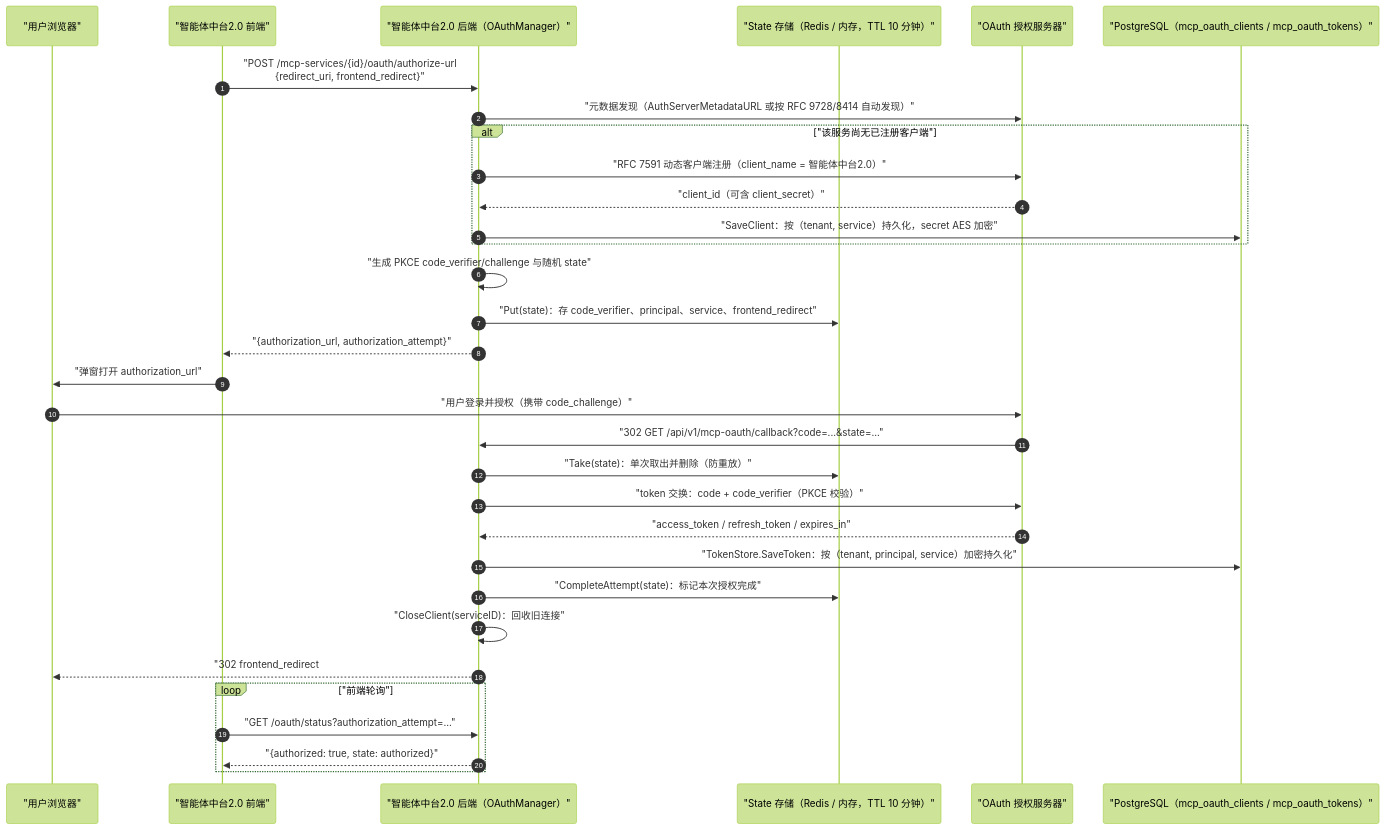
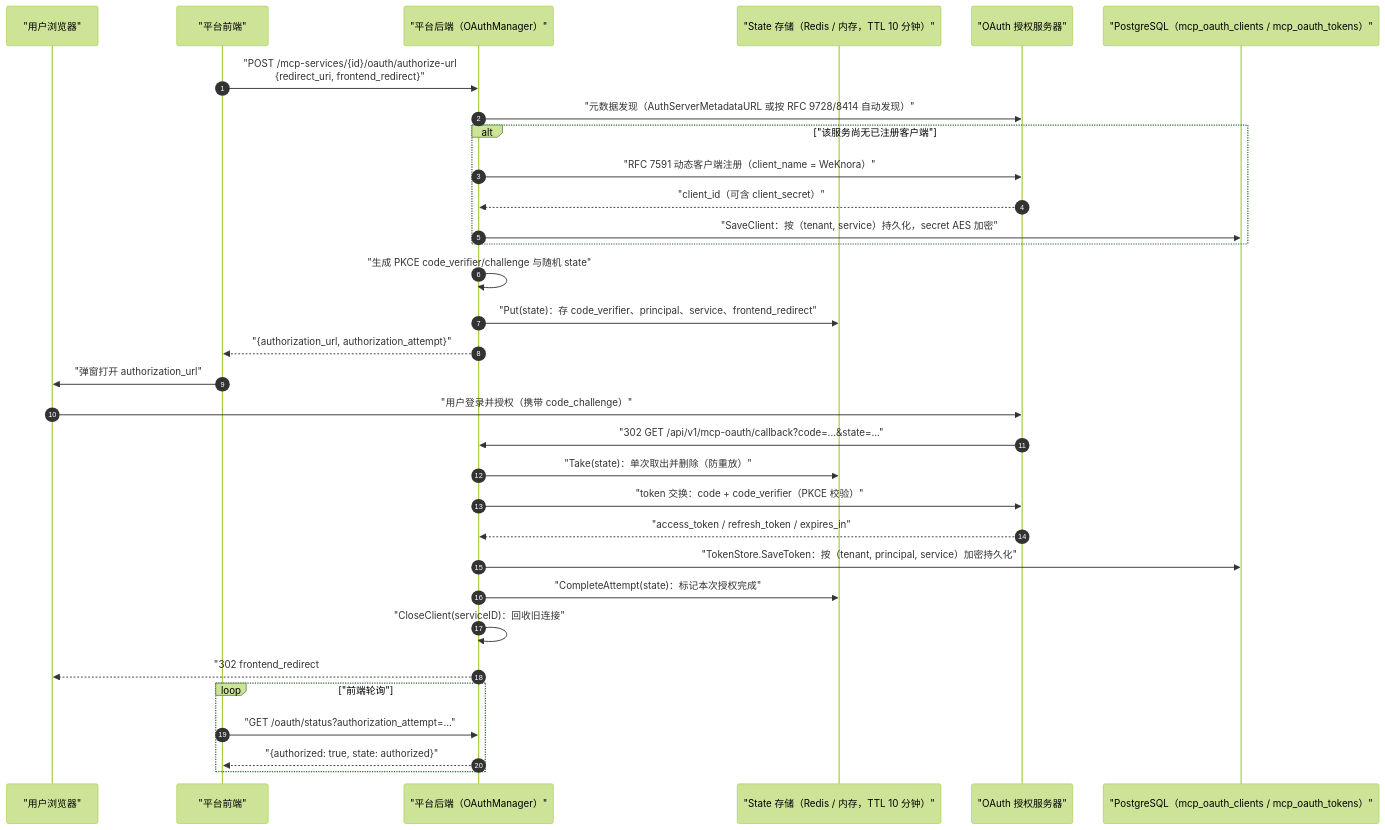
The second of 3 diagrams in apps/docs/03-features/08-mcp.md (qinlei131479/WeKnora), drawn with Mermaid (forest theme) before and after one commit. The commit also changed other lines of this file and 58 other files, not shown here.

````diff
--- a/apps/docs/03-features/08-mcp.md
+++ b/apps/docs/03-features/08-mcp.md
@@ -206,35 +206,35 @@
 ```mermaid
 sequenceDiagram
     autonumber
     participant B as "用户浏览器"
-    participant FE as "智能体中台2.0 前端"
-    participant BE as "智能体中台2.0 后端（OAuthManager）"
+    participant FE as "平台前端"
+    participant BE as "平台后端（OAuthManager）"
     participant ST as "State 存储（Redis / 内存，TTL 10 分钟）"
     participant AS as "OAuth 授权服务器"
     participant DB as "PostgreSQL（mcp_oauth_clients / mcp_oauth_tokens）"
 
     FE->>BE: "POST /mcp-services/{id}/oauth/authorize-url<br/>{redirect_uri, frontend_redirect}"
     BE->>AS: "元数据发现（AuthServerMetadataURL 或按 RFC 9728/8414 自动发现）"
     alt "该服务尚无已注册客户端"
-        BE->>AS: "RFC 7591 动态客户端注册（client_name = 智能体中台2.0）"
+        BE->>AS: "RFC 7591 动态客户端注册（client_name = WeKnora）"
         AS-->>BE: "client_id（可含 client_secret）"
         BE->>DB: "SaveClient：按（tenant, service）持久化，secret AES 加密"
     end
     BE->>BE: "生成 PKCE code_verifier/challenge 与随机 state"
     BE->>ST: "Put(state)：存 code_verifier、principal、service、frontend_redirect"
     BE-->>FE: "{authorization_url, authorization_attempt}"
     FE->>B: "弹窗打开 authorization_url"
     B->>AS: "用户登录并授权（携带 code_challenge）"
     AS->>BE: "302 GET /api/v1/mcp-oauth/callback?code=...&state=..."
     BE->>ST: "Take(state)：单次取出并删除（防重放）"
     BE->>AS: "token 交换：code + code_verifier（PKCE 校验）"
     AS-->>BE: "access_token / refresh_token / expires_in"
     BE->>DB: "TokenStore.SaveToken：按（tenant, principal, service）加密持久化"
     BE->>ST: "CompleteAttempt(state)：标记本次授权完成"
     BE->>BE: "CloseClient(serviceID)：回收旧连接"
     BE-->>B: "302 frontend_redirect#mcp_oauth_result=success"
     loop "前端轮询"
         FE->>BE: "GET /oauth/status?authorization_attempt=..."
         BE-->>FE: "{authorized: true, state: authorized}"
     end
 ```
````
